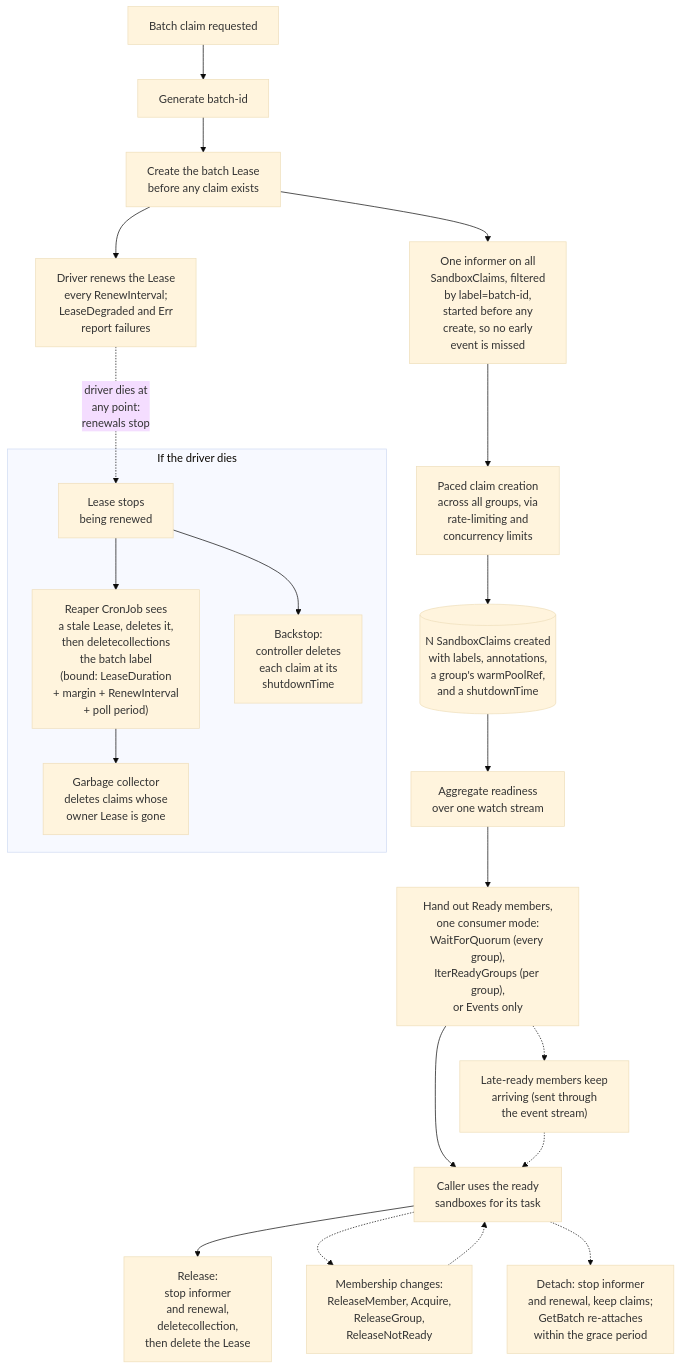
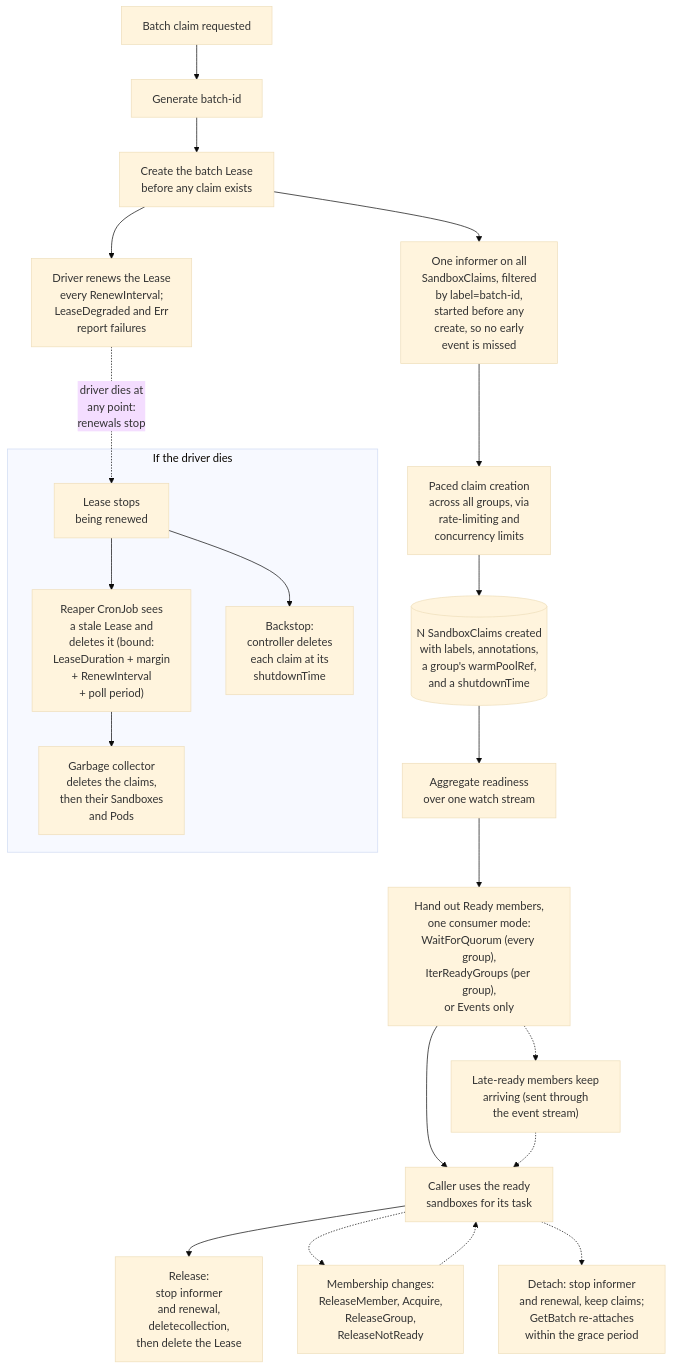
One commit to briankhoi/agent-sandbox changed the diagram in batch-primitives/batch_claim_proposal.md. Above: the diagram before and after it, drawn with Mermaid (base theme). The commit also changed other lines of this file and 2 other files, not shown here.

First line of the commit message:
notes: the reaper deletes only stale Leases and leaves claims to garbage collection

````diff
--- a/batch-primitives/batch_claim_proposal.md
+++ b/batch-primitives/batch_claim_proposal.md
@@ -172,36 +173,36 @@
 ```mermaid
 flowchart TD
     Start["Batch claim requested"]
     Mint["Generate batch-id"]
     Lease["Create the batch Lease<br/>before any claim exists"]
     Watch["One informer on all<br/>SandboxClaims, filtered<br/>by label=batch-id,<br/>started before any<br/>create, so no early<br/>event is missed"]
     Create["Paced claim creation<br/>across all groups, via<br/>rate-limiting and<br/>concurrency limits"]
     Claims[("N SandboxClaims created<br/>with labels, annotations,<br/>a group's warmPoolRef,<br/>and a shutdownTime")]
     Aggregate["Aggregate readiness<br/>over one watch stream"]
     Quorum["Hand out Ready members,<br/>one consumer mode:<br/>WaitForQuorum (every group),<br/>IterReadyGroups (per group),<br/>or Events only"]
     Work["Caller uses the ready<br/>sandboxes for its task"]
     LateReady["Late-ready members keep<br/>arriving (sent through<br/>the event stream)"]
     Swap["Membership changes:<br/>ReleaseMember, Acquire,<br/>ReleaseGroup,<br/>ReleaseNotReady"]
     Release["Release:<br/>stop informer<br/>and renewal,<br/>deletecollection,<br/>then delete the Lease"]
     Detach["Detach: stop informer<br/>and renewal, keep claims;<br/>GetBatch re-attaches<br/>within the grace period"]
     Renew["Driver renews the Lease<br/>every RenewInterval;<br/>LeaseDegraded and Err<br/>report failures"]
 
     Start --> Mint --> Lease --> Watch --> Create --> Claims
     Claims --> Aggregate --> Quorum --> Work --> Release
     Quorum -.-> LateReady -.-> Work
     Work -.-> Swap -.-> Work
     Work -.-> Detach
     Lease --> Renew
 
     subgraph CrashSafety["If the driver dies"]
       NoRenew["Lease stops<br/>being renewed"]
-      Reaper["Reaper CronJob sees<br/>a stale Lease, deletes it,<br/>then deletecollections<br/>the batch label<br/>(bound: LeaseDuration<br/>+ margin + RenewInterval<br/>+ poll period)"]
-      GC["Garbage collector<br/>deletes claims whose<br/>owner Lease is gone"]
+      Reaper["Reaper CronJob sees<br/>a stale Lease and<br/>deletes it (bound:<br/>LeaseDuration + margin<br/>+ RenewInterval<br/>+ poll period)"]
+      GC["Garbage collector<br/>deletes the claims,<br/>then their Sandboxes<br/>and Pods"]
       Cap["Backstop:<br/>controller deletes<br/>each claim at its<br/>shutdownTime"]
       NoRenew --> Reaper
       Reaper --> GC
       NoRenew --> Cap
     end
 
     Renew -.->|driver dies at<br/>any point:<br/>renewals stop| NoRenew
 ```
````
